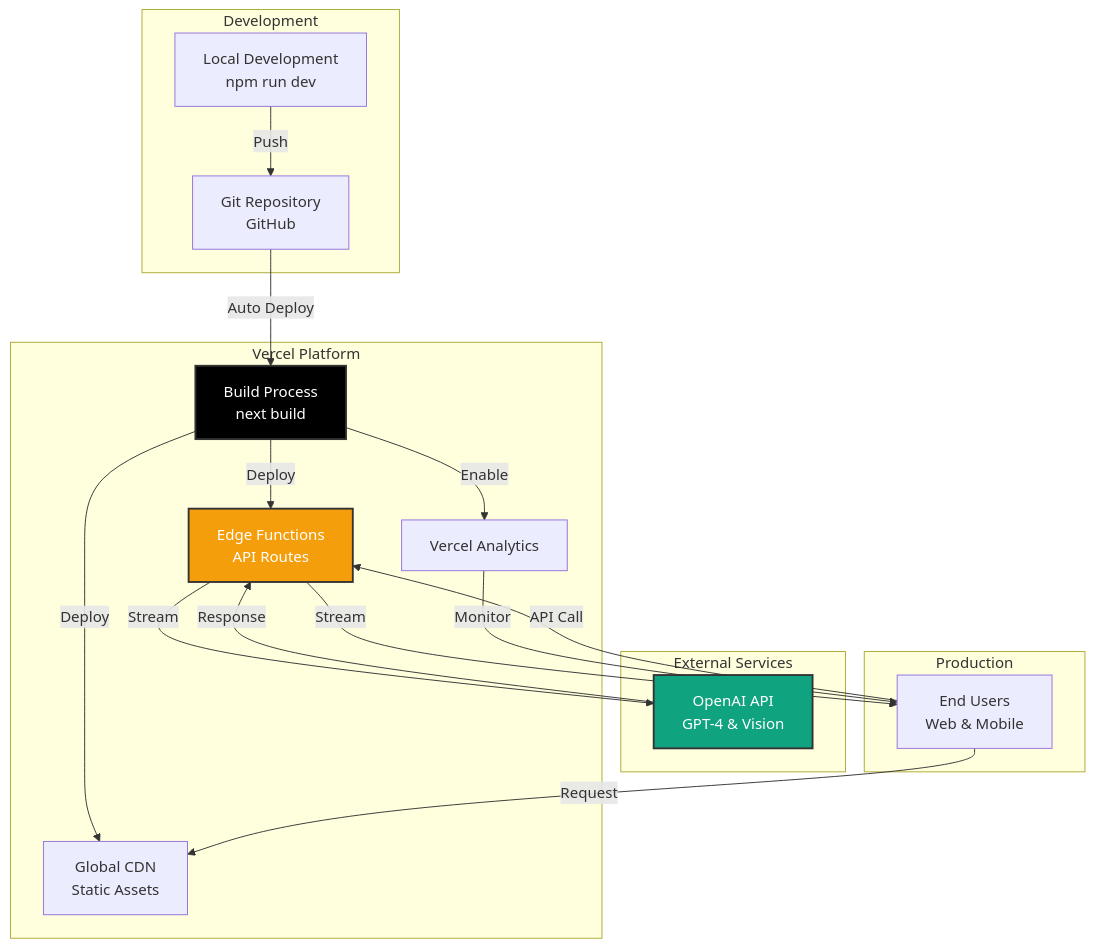
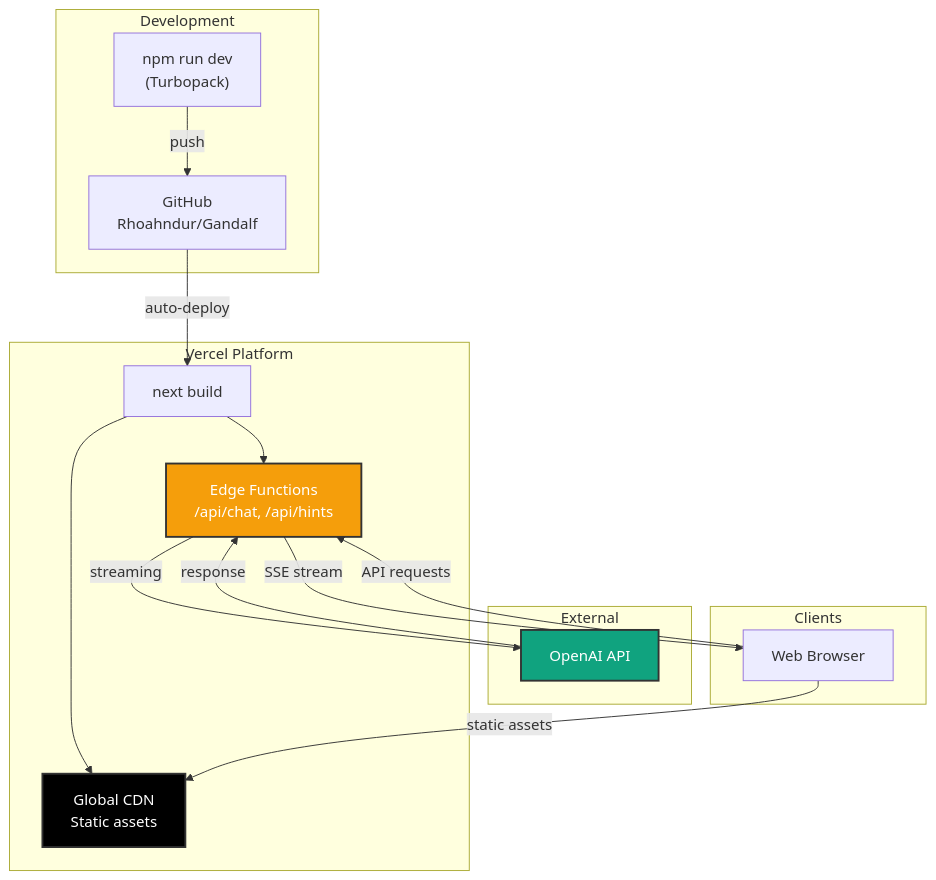
Diagram 14 of 15 in architecture.md (Rhoahndur/Gandalf), drawn with Mermaid before and after one commit. The commit also changed other lines of this file and 15 other files, not shown here.

````diff
--- a/architecture.md
+++ b/architecture.md
@@ -720,42 +607,36 @@
 ```mermaid
 graph TB
     subgraph "Development"
-        LocalDev[Local Development<br/>npm run dev]
-        Git[Git Repository<br/>GitHub]
+        Dev["npm run dev<br/>(Turbopack)"]
+        Git["GitHub<br/>Rhoahndur/Gandalf"]
     end
-    
+
     subgraph "Vercel Platform"
-        VercelBuild[Build Process<br/>next build]
-        EdgeFunctions[Edge Functions<br/>API Routes]
-        CDN[Global CDN<br/>Static Assets]
-        Analytics[Vercel Analytics]
+        Build["next build"]
+        Edge["Edge Functions<br/>/api/chat, /api/hints"]
+        CDN["Global CDN<br/>Static assets"]
     end
-    
-    subgraph "External Services"
-        OpenAIAPI[OpenAI API<br/>GPT-4 & Vision]
+
+    subgraph "External"
+        OpenAI["OpenAI API"]
     end
-    
-    subgraph "Production"
-        Users[End Users<br/>Web & Mobile]
+
+    subgraph "Clients"
+        Browser["Web Browser"]
     end
-    
-    LocalDev -->|Push| Git
-    Git -->|Auto Deploy| VercelBuild
-    
-    VercelBuild -->|Deploy| EdgeFunctions
-    VercelBuild -->|Deploy| CDN
-    VercelBuild -->|Enable| Analytics
-    
-    Users -->|Request| CDN
-    Users -->|API Call| EdgeFunctions
-    
-    EdgeFunctions -->|Stream| OpenAIAPI
-    OpenAIAPI -->|Response| EdgeFunctions
-    EdgeFunctions -->|Stream| Users
-    
-    Analytics -->|Monitor| Users
-    
-    style VercelBuild fill:#000,stroke:#333,stroke-width:2px,color:#fff
-    style EdgeFunctions fill:#f59e0b,stroke:#333,stroke-width:2px,color:#fff
-    style OpenAIAPI fill:#10a37f,stroke:#333,stroke-width:2px,color:#fff
+
+    Dev -->|push| Git
+    Git -->|auto-deploy| Build
+    Build --> Edge
+    Build --> CDN
+
+    Browser -->|static assets| CDN
+    Browser -->|API requests| Edge
+    Edge -->|streaming| OpenAI
+    OpenAI -->|response| Edge
+    Edge -->|SSE stream| Browser
+
+    style Edge fill:#f59e0b,stroke:#333,stroke-width:2px,color:#fff
+    style OpenAI fill:#10a37f,stroke:#333,stroke-width:2px,color:#fff
+    style CDN fill:#000,stroke:#333,stroke-width:2px,color:#fff
 ```
````
